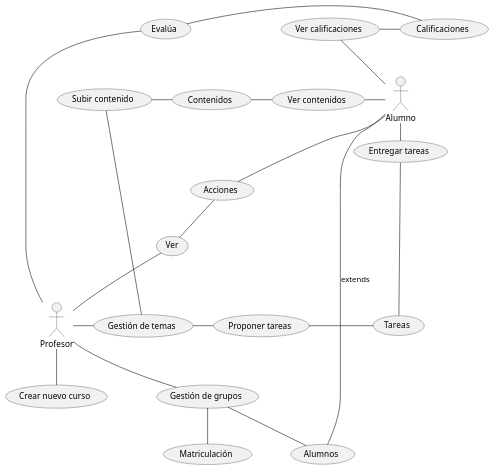
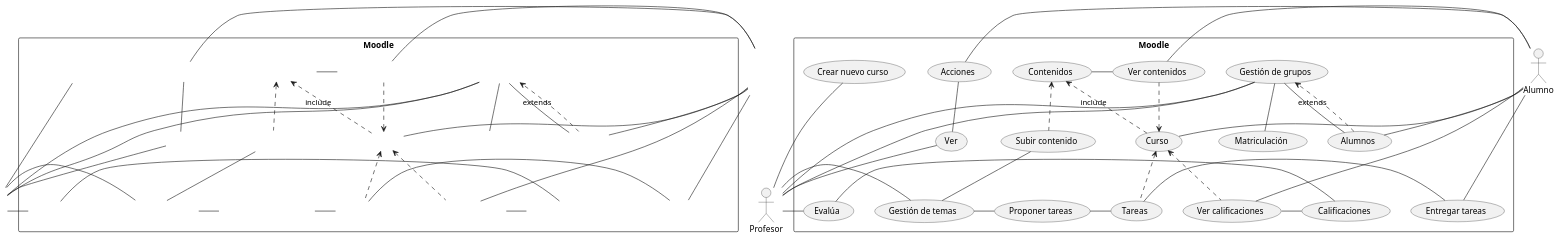
One commit to sarosilla/CasosUso changed the diagram in moodle.puml. Above: the diagram before and after it, drawn with PlantUML.

```diff
--- a/moodle.puml
+++ b/moodle.puml
@@ -1,29 +1,41 @@
 @startuml
+:Alumno:
+:Profesor:
+rectangle Moodle{
+:Alumno: -down- (Curso)
+(Curso)
 (Alumnos)
 (Tareas)
 (Matriculación)
 (Calificaciones)
 (Crear nuevo curso)
 (Contenidos)
 (Ver) -up- (Acciones)
 :Profesor: -up- (Ver)
+:Profesor: -left- (Gestión de grupos)
 :Profesor: -down- (Gestión de grupos)
 (Gestión de grupos) -d- (Alumnos)
 (Gestión de grupos) -down- (Matriculación)
+(Alumnos) .down.>(Gestión de grupos) :extends
 :Alumno: -down- (Acciones)
 :Alumno: -right-(Entregar tareas)
 (Entregar tareas) -right- (Tareas)
 :Alumno: -up- (Ver calificaciones)
+(Ver calificaciones) .up.>(Curso)
+(Curso) .down.>(Contenidos) :include
 (Contenidos) - (Ver contenidos)
 :Alumno: -left- (Ver contenidos)
 (Ver calificaciones) - Calificaciones
 :Profesor: -d- (Crear nuevo curso)
 :Profesor: -right- (Gestión de temas)
 (Gestión de temas) - (Proponer tareas)
 (Proponer tareas) - (Tareas)
+(Tareas) .up.>(Curso)
+(Ver contenidos) .>(Curso)
 (Gestión de temas) -up- (Subir contenido)
-(Subir contenido) - (Contenidos)
+(Subir contenido) .up.> (Contenidos)
 :Profesor: -left- (Evalúa)
 (Evalúa)- (Calificaciones)
-:Alumno: -right- (Alumnos) :extends
+:Alumno: -right- (Alumnos) 
+}
 @enduml
```
